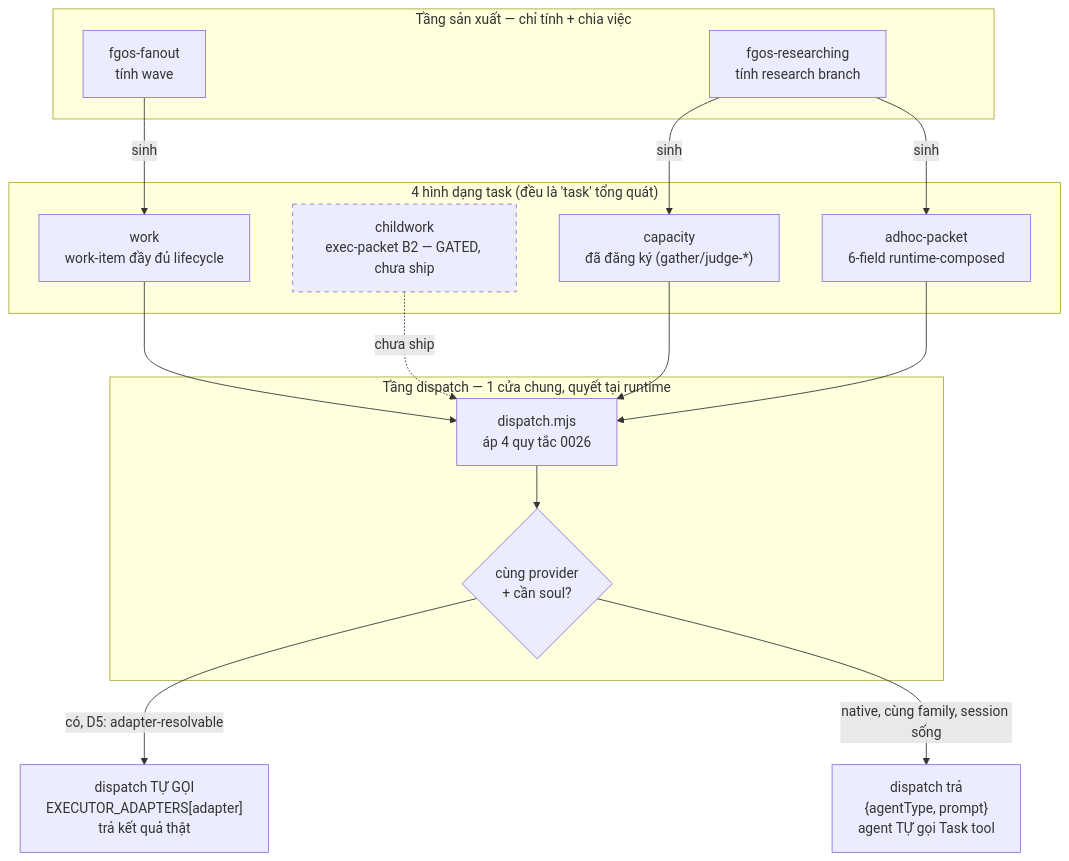
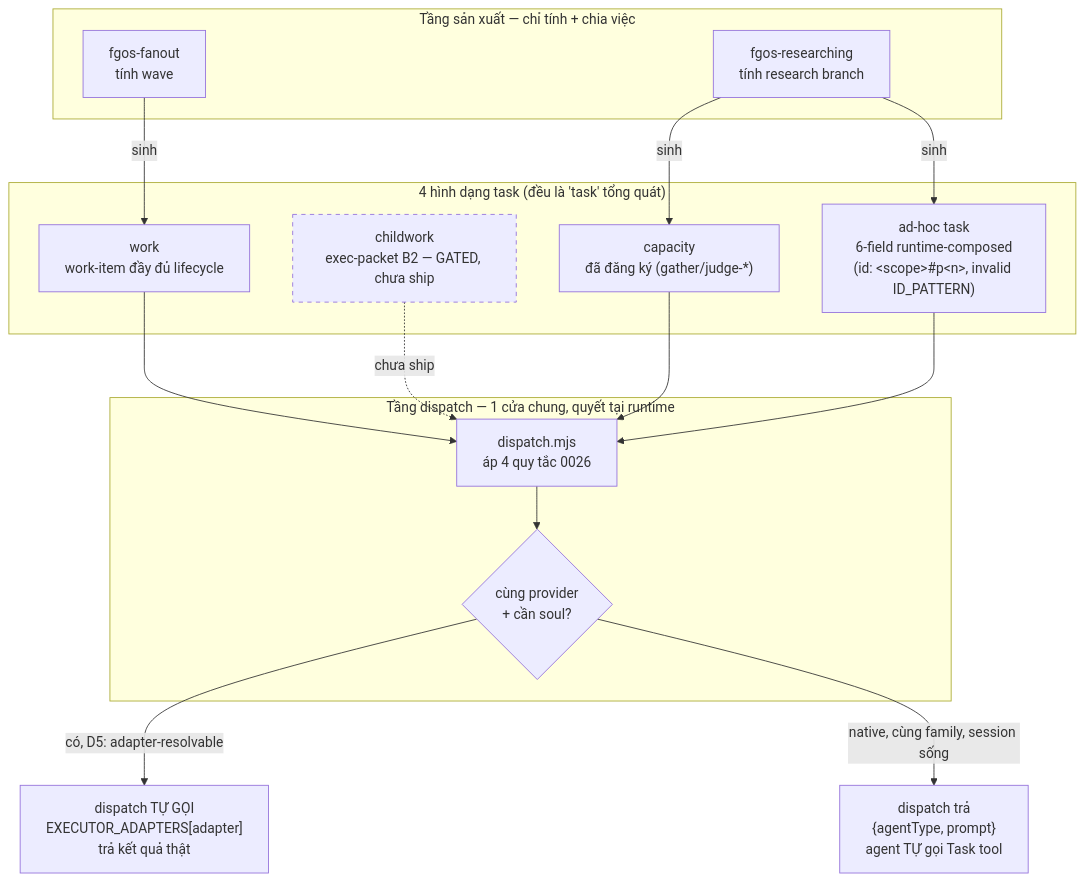
Before and after one commit to vantt/forgent: the diagram in docs/history/task-dispatch-unification/DISCUSSION.md, drawn with Mermaid. The commit also changed other lines of this file, not shown here.

Commit message:
docs(tsk-5tm): DISCUSSION.md vong 4 - D8 doi ten ad-hoc task, regen S6

````diff
--- a/docs/history/task-dispatch-unification/DISCUSSION.md
+++ b/docs/history/task-dispatch-unification/DISCUSSION.md
@@ -203,34 +222,34 @@
 ```mermaid
 flowchart TD
     subgraph Producer["Tầng sản xuất — chỉ tính + chia việc"]
         R["fgos-researching<br/>tính research branch"]
         F["fgos-fanout<br/>tính wave"]
     end
 
     subgraph Tasks["4 hình dạng task (đều là 'task' tổng quát)"]
         T1["work<br/>work-item đầy đủ lifecycle"]
         T2["childwork<br/>exec-packet B2 — GATED, chưa ship"]
         T3["capacity<br/>đã đăng ký (gather/judge-*)"]
-        T4["adhoc-packet<br/>6-field runtime-composed"]
+        T4["ad-hoc task<br/>6-field runtime-composed<br/>(id: &lt;scope&gt;#p&lt;n&gt;, invalid ID_PATTERN)"]
     end
 
     subgraph Dispatch["Tầng dispatch — 1 cửa chung, quyết tại runtime"]
         D["dispatch.mjs<br/>áp 4 quy tắc 0026"]
         Rule2{"cùng provider<br/>+ cần soul?"}
     end
 
     R -->|sinh| T3
     R -->|sinh| T4
     F -->|sinh| T1
 
     T1 --> D
     T2 -.->|chưa ship| D
     T3 --> D
     T4 --> D
 
     D --> Rule2
     Rule2 -->|có, D5: adapter-resolvable| SelfExec["dispatch TỰ GỌI<br/>EXECUTOR_ADAPTERS[adapter]<br/>trả kết quả thật"]
     Rule2 -->|native, cùng family, session sống| HandBack["dispatch trả<br/>{agentType, prompt}<br/>agent TỰ gọi Task tool"]
 
     style T2 stroke-dasharray: 5 5
 ```
````
